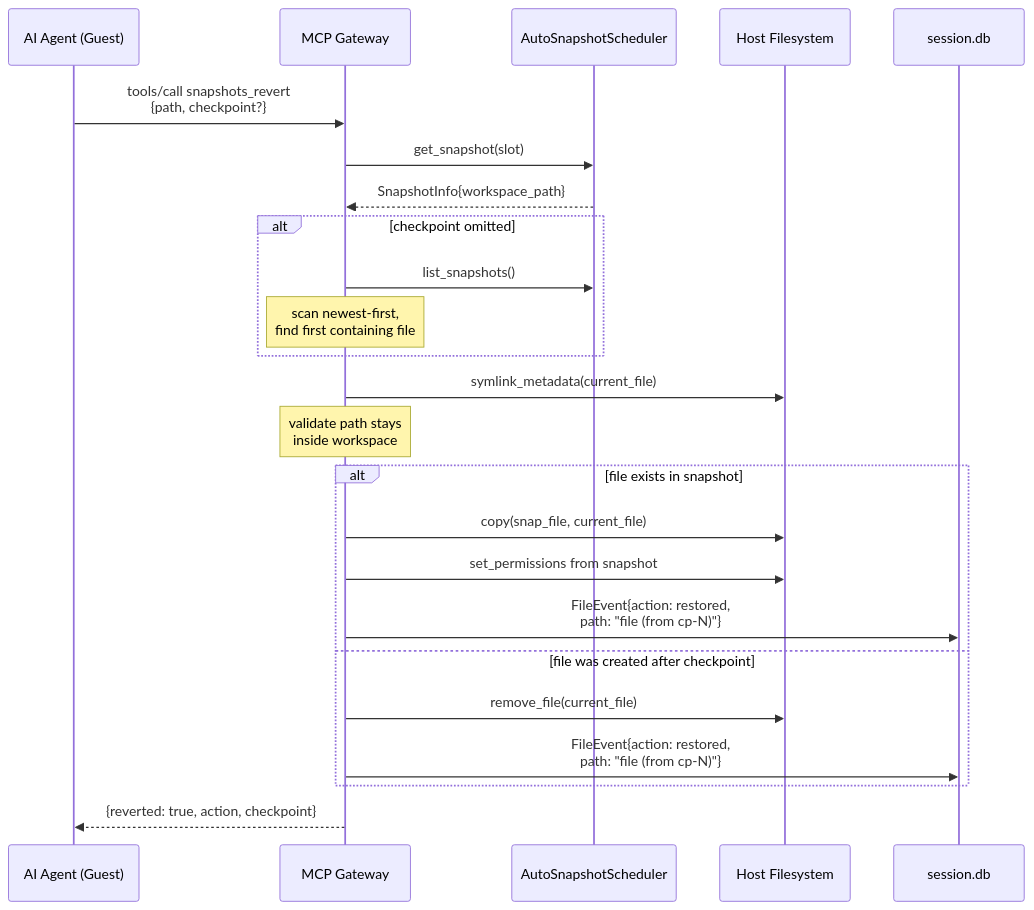
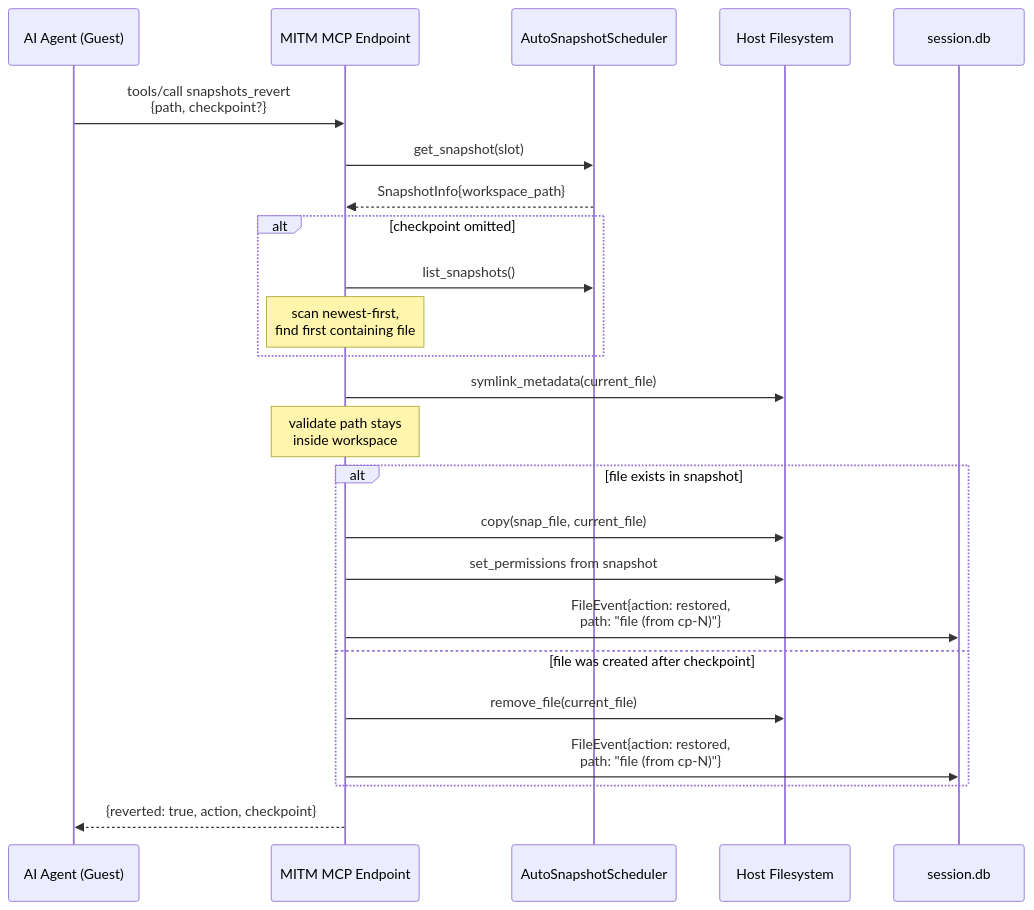
The second of 3 diagrams in docs/src/content/docs/architecture/snapshots.md (google/capsem), drawn with Mermaid before and after one commit. The commit also changed other lines of this file and 552 other files, not shown here.

````diff
--- a/docs/src/content/docs/architecture/snapshots.md
+++ b/docs/src/content/docs/architecture/snapshots.md
@@ -81,31 +81,31 @@
 ```mermaid
 sequenceDiagram
     participant Agent as AI Agent (Guest)
-    participant GW as MCP Gateway
+    participant GW as MITM MCP Endpoint
     participant Sched as AutoSnapshotScheduler
     participant FS as Host Filesystem
     participant DB as session.db
 
     Agent->>GW: tools/call snapshots_revert<br/>{path, checkpoint?}
     GW->>Sched: get_snapshot(slot)
     Sched-->>GW: SnapshotInfo{workspace_path}
 
     alt checkpoint omitted
         GW->>Sched: list_snapshots()
         Note over GW: scan newest-first,<br/>find first containing file
     end
 
     GW->>FS: symlink_metadata(current_file)
     Note over GW: validate path stays<br/>inside workspace
 
     alt file exists in snapshot
         GW->>FS: copy(snap_file, current_file)
         GW->>FS: set_permissions from snapshot
         GW->>DB: FileEvent{action: restored,<br/>path: "file (from cp-N)"}
     else file was created after checkpoint
         GW->>FS: remove_file(current_file)
         GW->>DB: FileEvent{action: restored,<br/>path: "file (from cp-N)"}
     end
 
     GW-->>Agent: {reverted: true, action, checkpoint}
 ```
````
